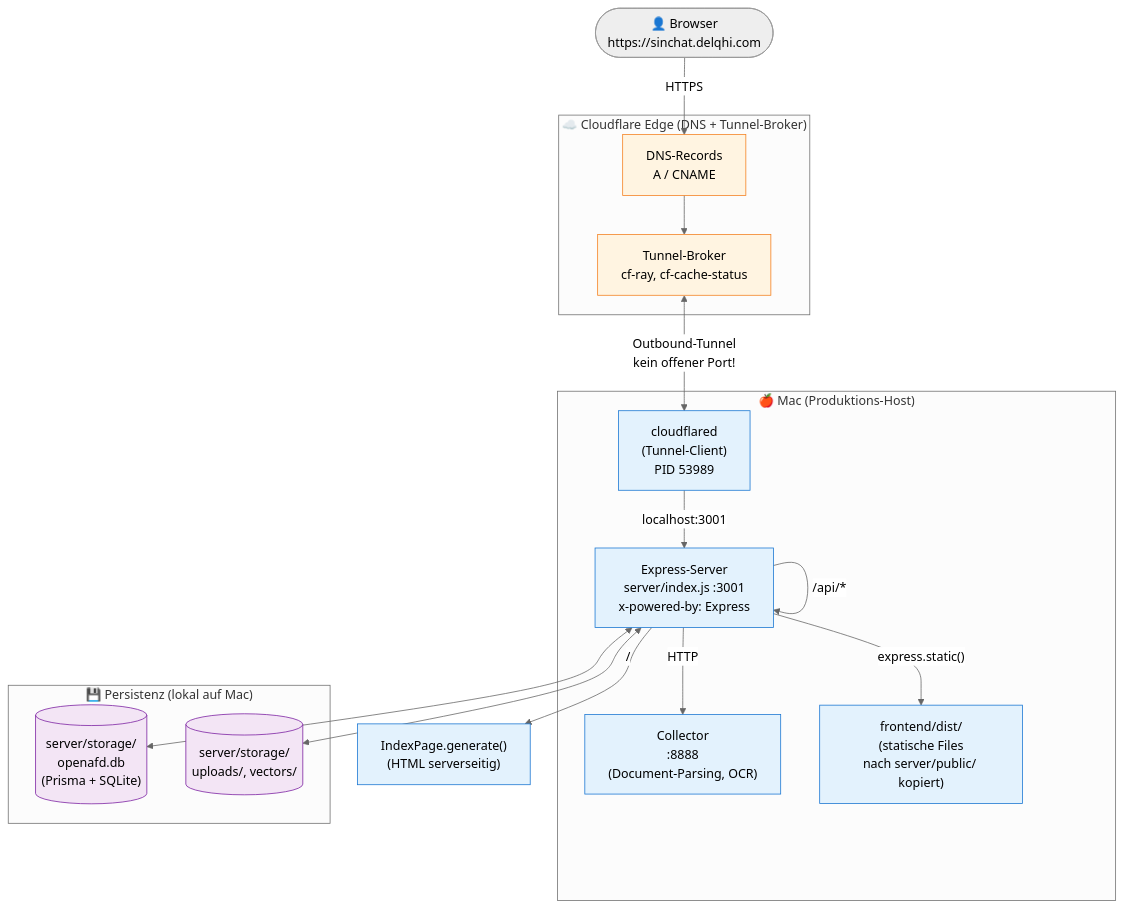
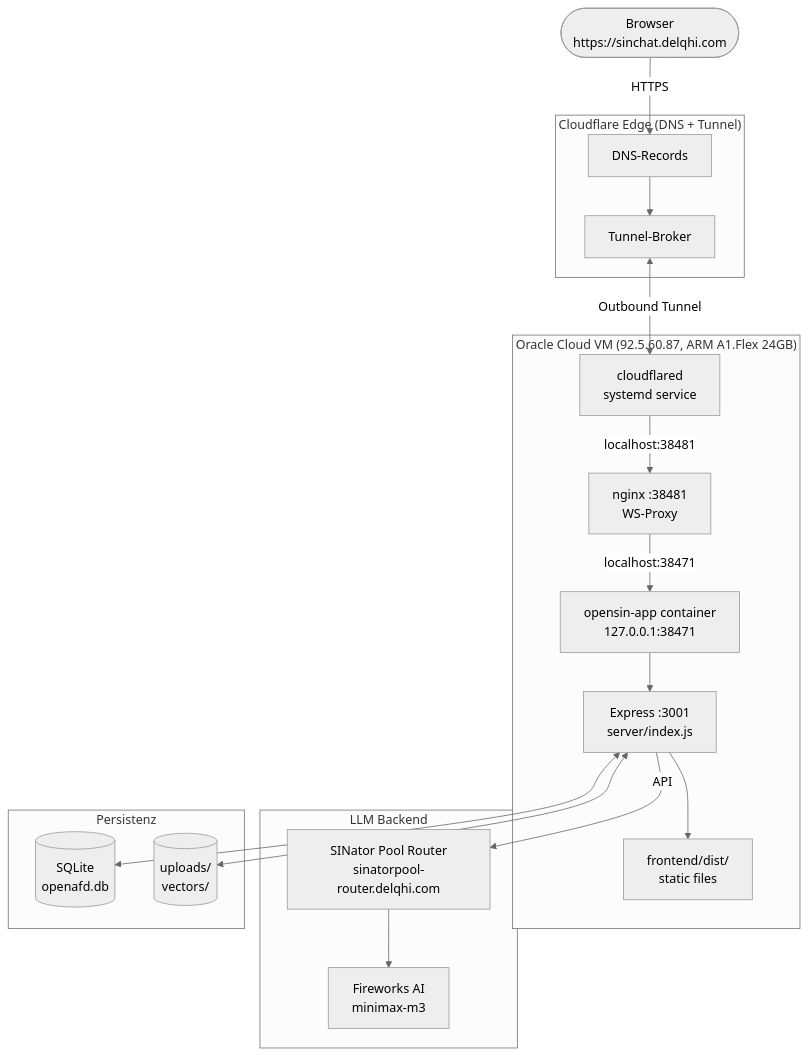
The diagram in docs/architecture.md (OpenSIN-AI/OpenSIN-Chat), drawn with Mermaid (neutral theme) before and after one commit. The commit also changed other lines of this file and 3 other files, not shown here.

First line of the commit message:
docs: P1 complete — deployment guide, architecture, security, contributing

````diff
--- a/docs/architecture.md
+++ b/docs/architecture.md
@@ -35,39 +36,39 @@
 ```mermaid
 flowchart TB
-    User(["👤 Browser<br/>https://sinchat.delqhi.com"])
+    User(["Browser<br/>https://sinchat.delqhi.com"])
 
-    subgraph Cloudflare["☁️ Cloudflare Edge (DNS + Tunnel-Broker)"]
-        DNS["DNS-Records<br/>A / CNAME"]
-        Tunnel["Tunnel-Broker<br/>cf-ray, cf-cache-status"]
+    subgraph Cloudflare["Cloudflare Edge (DNS + Tunnel)"]
+        DNS["DNS-Records"]
+        Tunnel["Tunnel-Broker"]
     end
 
-    subgraph Mac["🍎 Mac (Produktions-Host)"]
-        Cloudflared["cloudflared<br/>(Tunnel-Client)<br/>PID 53989"]
-        Express["Express-Server<br/>server/index.js :3001<br/>x-powered-by: Express"]
-        Collector["Collector<br/>:8888<br/>(Document-Parsing, OCR)"]
-        Frontend["frontend/dist/<br/>(statische Files<br/>nach server/public/ kopiert)"]
+    subgraph VM["Oracle Cloud VM (92.5.60.87, ARM A1.Flex 24GB)"]
+        Cloudflared["cloudflared<br/>systemd service"]
+        Nginx["nginx :38481<br/>WS-Proxy"]
+        Docker["opensin-app container<br/>127.0.0.1:38471"]
+        Express["Express :3001<br/>server/index.js"]
+        Frontend["frontend/dist/<br/>static files"]
     end
 
-    subgraph Data["💾 Persistenz (lokal auf Mac)"]
-        SQLite[("server/storage/<br/>openafd.db<br/>(Prisma + SQLite)")]
-        Files[("server/storage/<br/>uploads/, vectors/")]
+    subgraph LLM["LLM Backend"]
+        Router["SINator Pool Router<br/>sinatorpool-router.delqhi.com"]
+        FW["Fireworks AI<br/>minimax-m3"]
+    end
+
+    subgraph Data["Persistenz"]
+        SQLite[("SQLite<br/>openafd.db")]
+        Files[("uploads/<br/>vectors/")]
     end
 
     User -->|HTTPS| DNS
     DNS --> Tunnel
-    Tunnel <-->|Outbound-Tunnel<br/>kein offener Port!| Cloudflared
-    Cloudflared -->|localhost:3001| Express
-    Express -->|"/api/*"| Express
-    Express -->|"/"| IndexPage["IndexPage.generate()<br/>(HTML serverseitig)"]
-    Express -->|"express.static()"| Frontend
-    Express -->|HTTP| Collector
+    Tunnel <-->|Outbound Tunnel| Cloudflared
+    Cloudflared -->|localhost:38481| Nginx
+    Nginx -->|localhost:38471| Docker
+    Docker --> Express
+    Express --> Frontend
+    Express -->|API| Router
+    Router --> FW
     Express <--> SQLite
     Express <--> Files
-
-    classDef cloud fill:#fff4e1,stroke:#f48120,color:#000
-    classDef mac fill:#e3f2fd,stroke:#1976d2,color:#000
-    classDef data fill:#f3e5f5,stroke:#7b1fa2,color:#000
-    class DNS,Tunnel cloud
-    class Cloudflared,Express,Collector,Frontend,IndexPage mac
-    class SQLite,Files data
 ```
````
